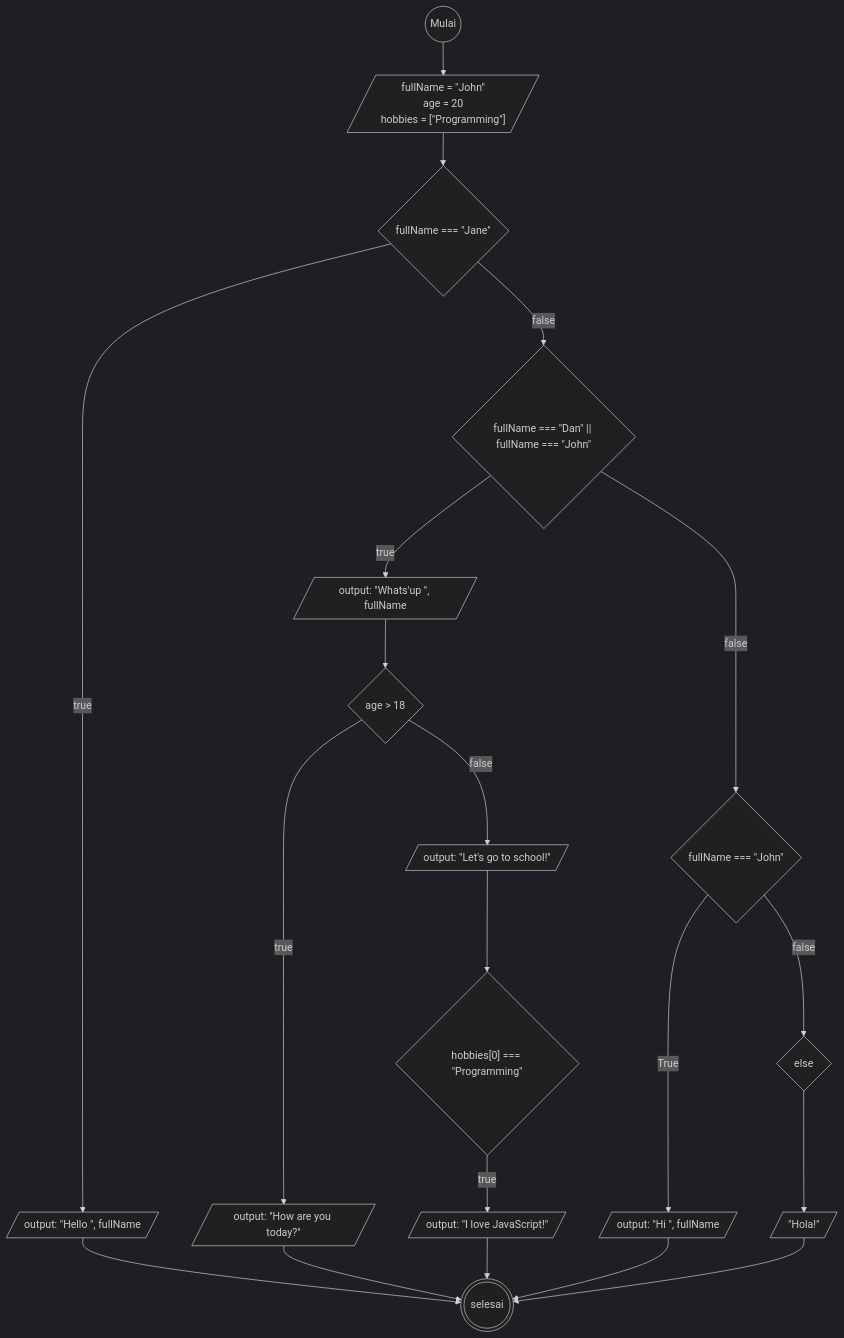
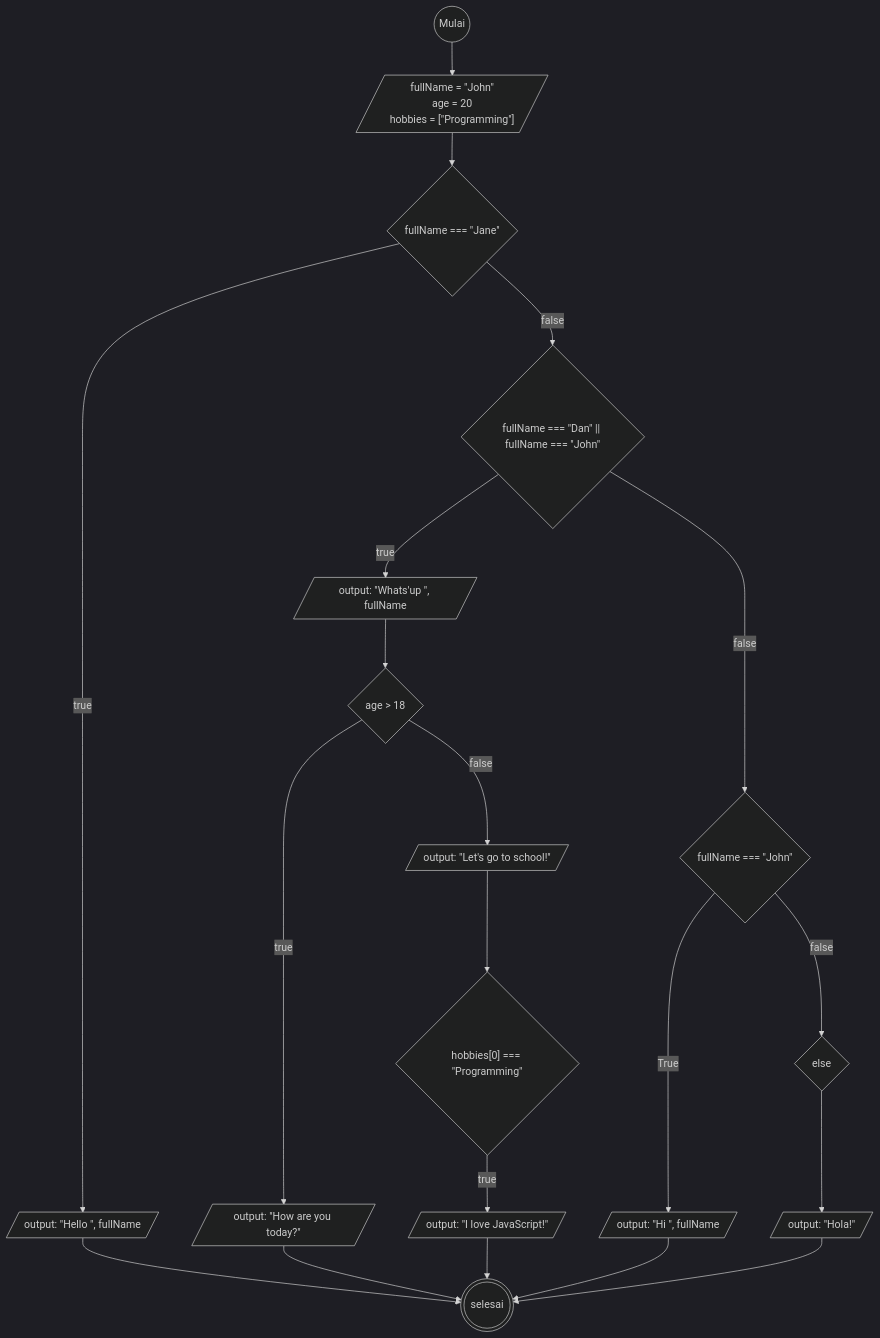
One commit to mslthn/koda-b6-javascript1 changed the diagram in task3.md. Above: the diagram before and after it, drawn with Mermaid (dark theme).

````diff
--- a/task3.md
+++ b/task3.md
@@ -1,43 +1,43 @@
 ```mermaid
 flowchart TD
     mulai@{ shape: circ, label: "Mulai"}
     selesai@{shape: dbl-circ}
     def@{shape: lean-r, label: "fullName = #quot;John#quot;
     age = 20
     hobbies = [#quot;Programming#quot;]"}
 
     ifJane@{shape: diamond, label: "fullName === #quot;Jane#quot;"}
     benarJane@{shape: lean-r, label: "output: #quot;Hello #quot;, fullName"}
 
     ifDanJohn@{shape: diamond, label: "fullName === #quot;Dan#quot; || fullName === #quot;John#quot;"}
     outDanJohn@{shape: lean-r, label: "output: #quot;Whats'up #quot;, fullName"}
 
     ifJohn@{shape: diamond, label: "fullName === #quot;John#quot;"}
     benarJohn@{shape: lean-r, label: "output: #quot;Hi #quot;, fullName"}
 
     else@{shape: diamond}
-    hola@{shape: lean-r, label: "#quot;Hola!#quot;"}
+    hola@{shape: lean-r, label: "output: #quot;Hola!#quot;"}
 
     if18@{shape: diamond, label: "age > 18"}
     benar18@{shape: lean-r, label: "output: #quot;How are you today?#quot;"}
     salah18@{shape: lean-r, label: "output: #quot;Let's go to school!#quot;"}
 
     ifHobi@{shape: diamond, label: "hobbies[0] === #quot;Programming#quot;"}
     benarHobi@{shape: lean-r, label: "output: #quot;I love JavaScript!#quot;"}
 
 
     
 
 mulai-->def-->ifJane
 ifJane-->|true| benarJane-->selesai
 ifJane-->|false| ifDanJohn
 ifDanJohn-->|true| outDanJohn-->if18
 if18-->|true| benar18-->selesai
 if18-->|false| salah18
 salah18-->ifHobi
 ifHobi-->|true| benarHobi-->selesai
 
 ifDanJohn-->|false| ifJohn
 ifJohn-->|True| benarJohn-->selesai
 ifJohn-->|false| else-->hola-->selesai
 ```
````
